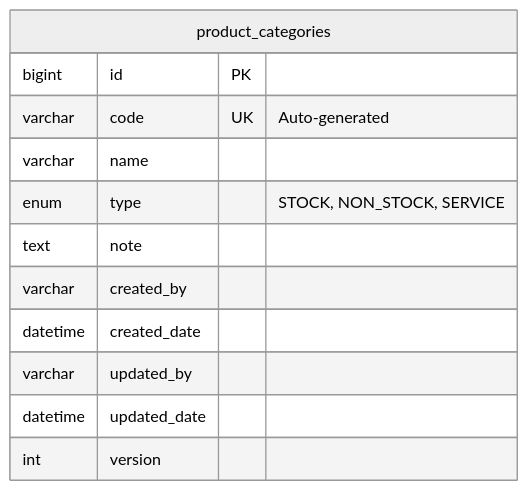
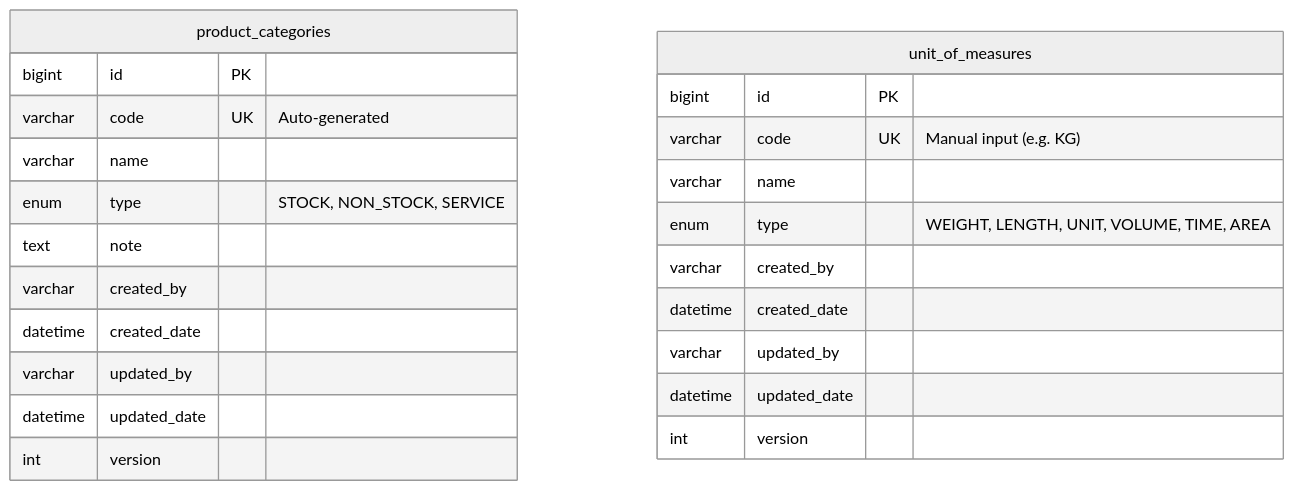
Before and after one commit to quenzvezda/solusi-erp: the diagram in docs/database/inventory-erd.md, drawn with Mermaid (neutral theme). The commit also changed 15 other files, not shown here.

````diff
--- a/docs/database/inventory-erd.md
+++ b/docs/database/inventory-erd.md
@@ -3,15 +3,27 @@
 ```mermaid
 erDiagram
     product_categories {
         bigint id PK
         varchar code UK "Auto-generated"
         varchar name
         enum type "STOCK, NON_STOCK, SERVICE"
         text note
         varchar created_by
         datetime created_date
         varchar updated_by
         datetime updated_date
         int version
     }
+
+    unit_of_measures {
+        bigint id PK
+        varchar code UK "Manual input (e.g. KG)"
+        varchar name
+        enum type "WEIGHT, LENGTH, UNIT, VOLUME, TIME, AREA"
+        varchar created_by
+        datetime created_date
+        varchar updated_by
+        datetime updated_date
+        int version
+    }
 ```
````
